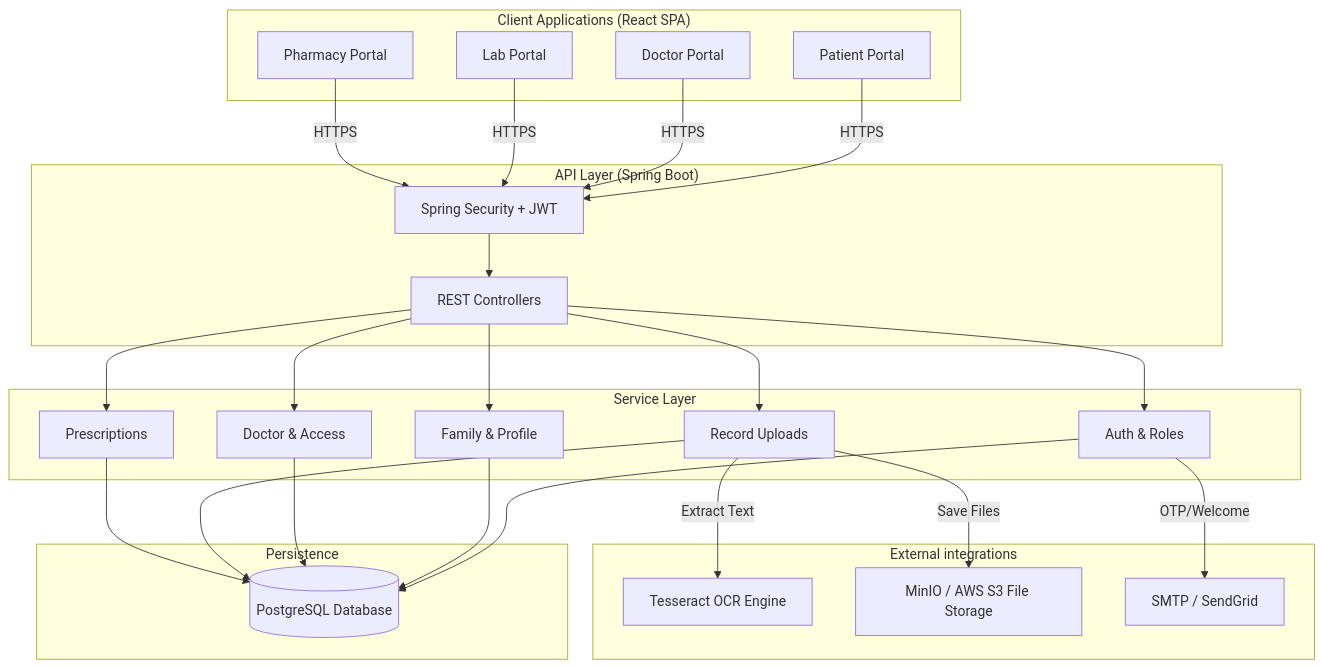
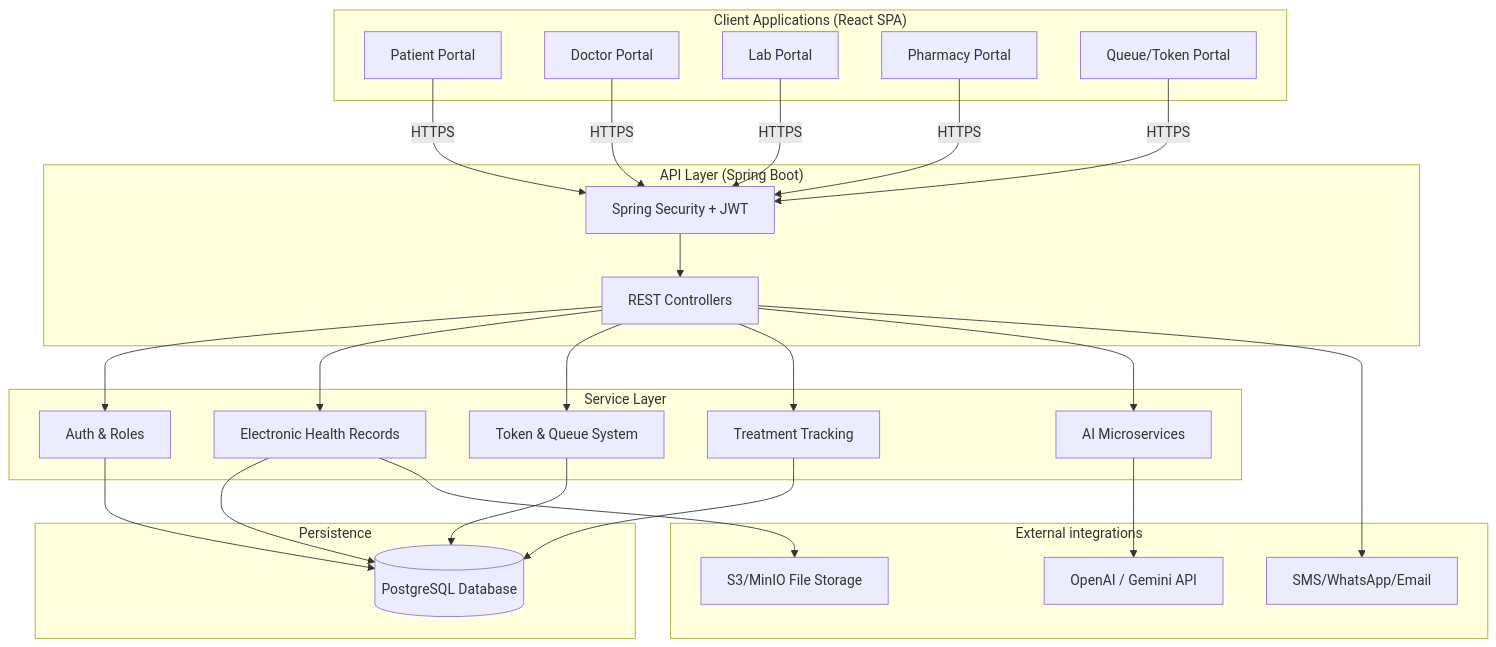
One commit to neeteshdixit/health-care-management changed the first of 2 diagrams in healthvault_prd.md. Above: the diagram before and after it, drawn with Mermaid. The commit also changed other lines of this file, not shown here.

````diff
--- a/healthvault_prd.md
+++ b/healthvault_prd.md
@@ -20,54 +30,55 @@
 ```mermaid
 graph TD
     subgraph Frontend["Client Applications (React SPA)"]
         PatientUI[Patient Portal]
         DoctorUI[Doctor Portal]
         LabUI[Lab Portal]
         PharmacyUI[Pharmacy Portal]
+        ReceptionUI[Queue/Token Portal]
     end
 
     subgraph API_Gateway["API Layer (Spring Boot)"]
         Sec[Spring Security + JWT]
         Gateway[REST Controllers]
     end
 
     subgraph Business_Logic["Service Layer"]
         AuthSvc[Auth & Roles]
-        PatientSvc[Family & Profile]
-        DocSvc[Doctor & Access]
-        RecordSvc[Record Uploads]
-        RxSvc[Prescriptions]
+        EHRSvc[Electronic Health Records]
+        QueueSvc[Token & Queue System]
+        TxSvc[Treatment Tracking]
+        AISvc[AI Microservices]
     end
 
     subgraph External_Services["External integrations"]
-        OCR[Tesseract OCR Engine]
-        Storage[MinIO / AWS S3 File Storage]
-        Email[SMTP / SendGrid]
+        Storage[S3/MinIO File Storage]
+        Notification[SMS/WhatsApp/Email]
+        AI[OpenAI / Gemini API]
     end
 
     subgraph Data_Layer["Persistence"]
         DB[(PostgreSQL Database)]
     end
 
     PatientUI --> |HTTPS| Sec
     DoctorUI --> |HTTPS| Sec
     LabUI --> |HTTPS| Sec
     PharmacyUI --> |HTTPS| Sec
+    ReceptionUI --> |HTTPS| Sec
 
     Sec --> Gateway
     Gateway --> AuthSvc
-    Gateway --> PatientSvc
-    Gateway --> DocSvc
-    Gateway --> RecordSvc
-    Gateway --> RxSvc
+    Gateway --> EHRSvc
+    Gateway --> QueueSvc
+    Gateway --> TxSvc
+    Gateway --> AISvc
 
     AuthSvc --> DB
-    PatientSvc --> DB
-    DocSvc --> DB
-    RecordSvc --> DB
-    RxSvc --> DB
+    EHRSvc --> DB
+    QueueSvc --> DB
+    TxSvc --> DB
 
-    RecordSvc --> |Extract Text| OCR
-    RecordSvc --> |Save Files| Storage
-    AuthSvc --> |OTP/Welcome| Email
+    EHRSvc --> Storage
+    AISvc --> AI
+    Gateway --> Notification
 ```
````
